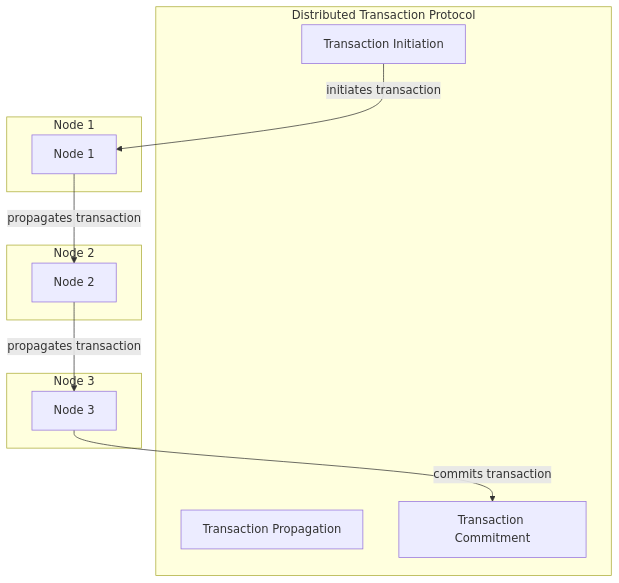
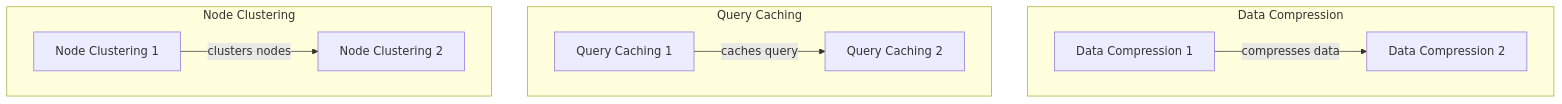
One commit to baaghinitesh/dailly-notes changed the third of 3 diagrams in docs/blogs/The_Complete_Guide_to_Decentralized_Vector_Database_Implementations_Part_3.md. Above: the diagram before and after it, drawn with Mermaid. The commit also changed other lines of this file and 5 other files, not shown here.

````diff
--- a/docs/blogs/The_Complete_Guide_to_Decentralized_Vector_Database_Implementations_Part_3.md
+++ b/docs/blogs/The_Complete_Guide_to_Decentralized_Vector_Database_Implementations_Part_3.md
@@ -44,21 +79,18 @@
 ```mermaid
 flowchart TD
-    subgraph Distributed Transaction Protocol
-        DTP1[Transaction Initiation]
-        DTP2[Transaction Propagation]
-        DTP3[Transaction Commitment]
+    subgraph Data Compression
+        DC1[Data Compression 1]
+        DC2[Data Compression 2]
     end
-    subgraph Node 1
-        N1[Node 1]
+    subgraph Query Caching
+        QC1[Query Caching 1]
+        QC2[Query Caching 2]
     end
-    subgraph Node 2
-        N2[Node 2]
+    subgraph Node Clustering
+        NC1[Node Clustering 1]
+        NC2[Node Clustering 2]
     end
-    subgraph Node 3
-        N3[Node 3]
-    end
-    DTP1 -- initiates transaction --> N1
-    N1 -- propagates transaction --> N2
-    N2 -- propagates transaction --> N3
-    N3 -- commits transaction --> DTP3
+    DC1 -- compresses data --> DC2
+    QC1 -- caches query --> QC2
+    NC1 -- clusters nodes --> NC2
 ```
````
